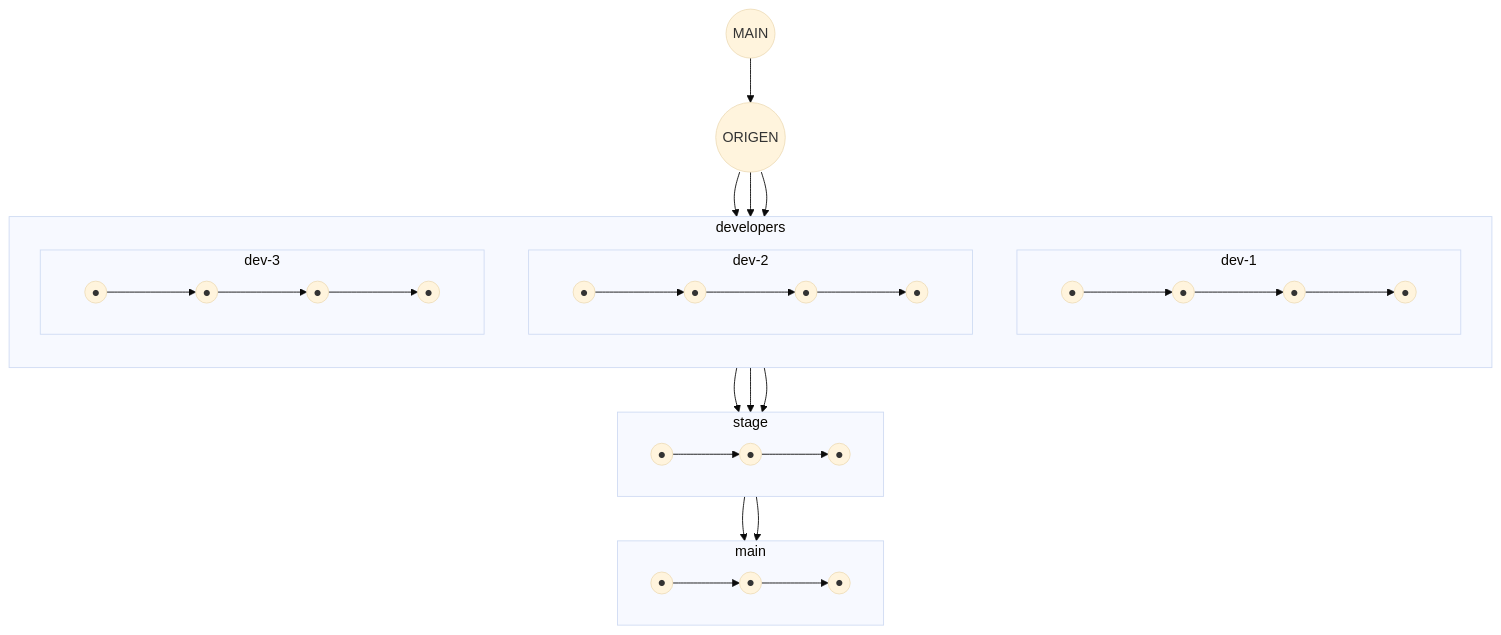
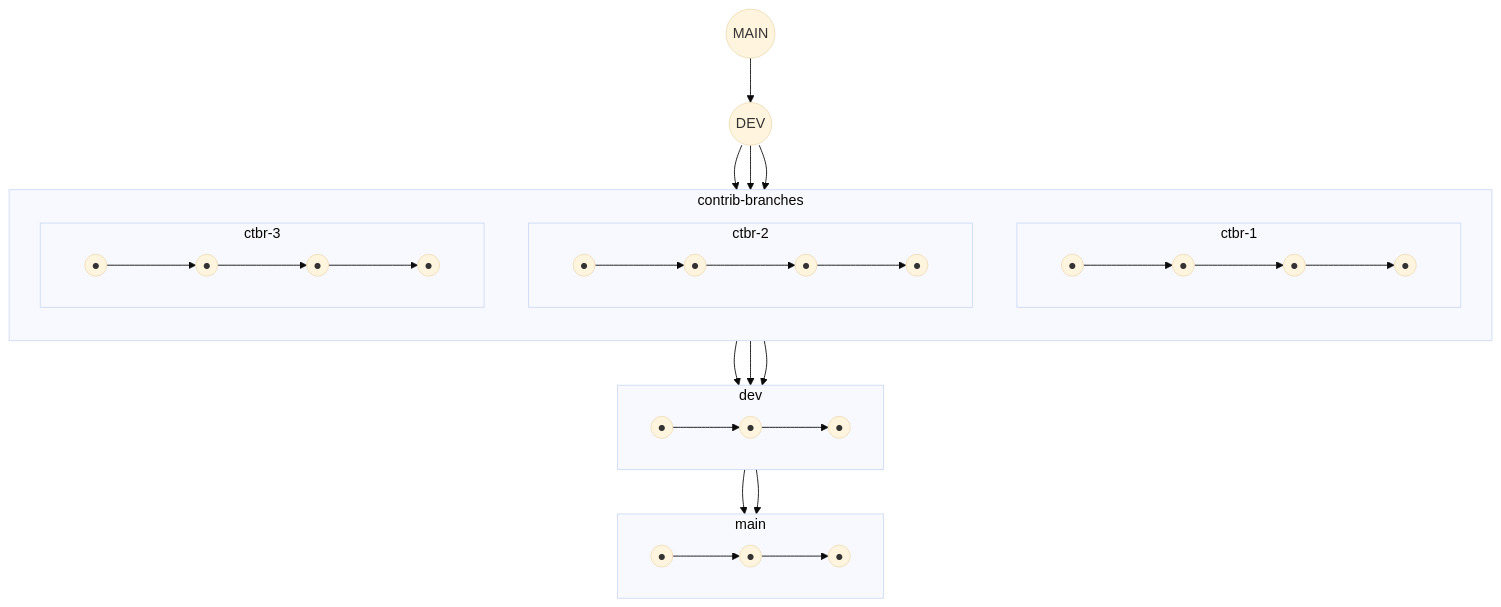
The diagram in CONTRIBUTING.md (heizeisaburou/templatex), drawn with Mermaid (base theme) before and after one commit. The commit also changed other lines of this file, not shown here.

First line of the commit message:
docs/write dev branch integration, clon config and branch name checks

````diff
--- a/CONTRIBUTING.md
+++ b/CONTRIBUTING.md
@@ -117,53 +162,53 @@
 ```mermaid
 flowchart TB
 
     M((MAIN))
-    O((ORIGEN))
-	M --> O
+    D((DEV))
+	M --> D
 
     %% MAIN — arriba
     subgraph MAIN["main"]
         direction LR
         M1((●)) --> M2((●)) --> M3((●))
     end
 
-    %% STAGE — segunda capa
-    subgraph STAGE["stage"]
+    %% DEV — segunda capa
+    subgraph DEV["dev"]
         direction LR
-        S1((●)) --> S2((●)) --> S3((●))
+        D1((●)) --> D2((●)) --> D3((●))
     end
 
-    %% DEVELOPERS — abajo
-    subgraph DEVELOPERS["developers"]
+    %% CONTRIB BRANCHES — abajo
+    subgraph CONTRIB BRANCHES["contrib-branches"]
         direction TB
 
-        subgraph DEV1["dev-1"]
+        subgraph CTBR1["ctbr-1"]
             direction LR
-            D1_1((●)) --> D1_2((●)) --> D1_3((●)) --> D1_4((●))
+            C1_1((●)) --> C1_2((●)) --> C1_3((●)) --> C1_4((●))
         end
 
-        subgraph DEV2["dev-2"]
+        subgraph CTBR2["ctbr-2"]
             direction LR
-            D2_1((●)) --> D2_2((●)) --> D2_3((●)) --> D2_4((●))
+            C2_1((●)) --> C2_2((●)) --> C2_3((●)) --> C2_4((●))
         end
 
-        subgraph DEV3["dev-3"]
+        subgraph CTBR3["ctbr-3"]
             direction LR
-            D3_1((●)) --> D3_2((●)) --> D3_3((●)) --> D3_4((●))
+            C3_1((●)) --> C3_2((●)) --> C3_3((●)) --> C3_4((●))
         end
     end
 
     %% ÚNICO ORIGEN
-    O --> D1_1
-    O --> D2_1
-    O --> D3_1
+    D --> C1_1
+    D --> C2_1
+    D --> C3_1
 
     %% DEV → STAGE
-    D1_3 --> S1
-    D2_2 --> S2
-    D3_3 --> S3
+    C1_3 --> D1
+    C2_2 --> D2
+    C3_3 --> D3
 
     %% STAGE → MAIN
-    S2 --> M1
-    S3 --> M2
+    D2 --> M1
+    D3 --> M2
 ```
````
